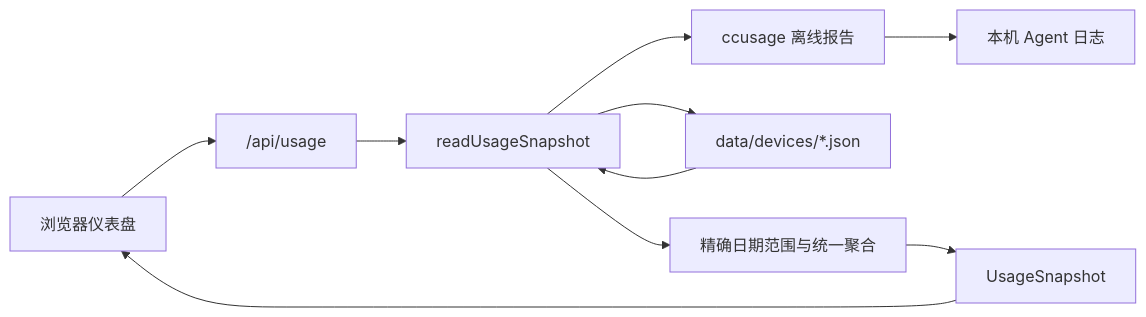
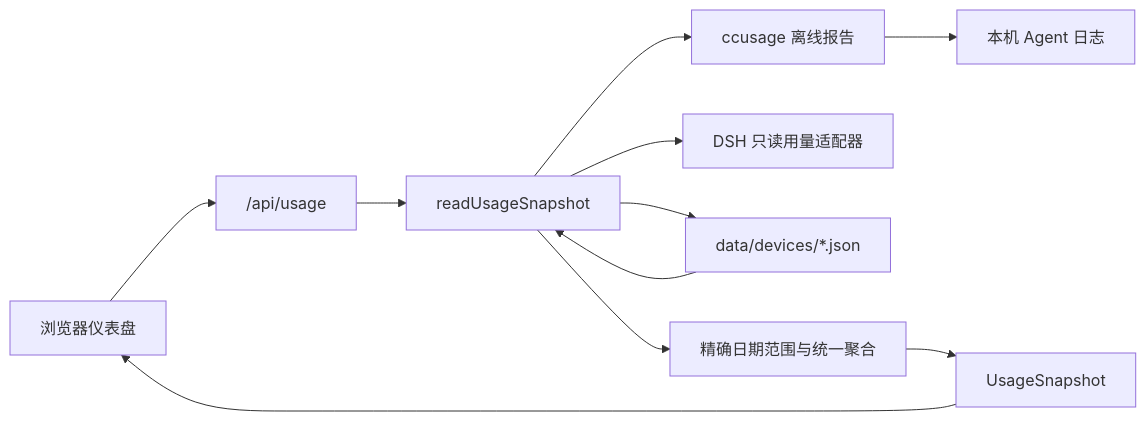
One commit to DonsonHH/Token-Atlas changed the diagram in README.md. Above: the diagram before and after it, drawn with Mermaid. The commit also changed other lines of this file and 18 other files, not shown here.

````diff
--- a/README.md
+++ b/README.md
@@ -141,12 +153,13 @@
 ```mermaid
 flowchart LR
   Browser["浏览器仪表盘"] --> Route["/api/usage"]
   Route --> Reader["readUsageSnapshot"]
   Reader --> Cli["ccusage 离线报告"]
+  Reader --> Dsh["DSH 只读用量适配器"]
   Reader --> Imports["data/devices/*.json"]
   Cli --> Local["本机 Agent 日志"]
   Imports --> Reader
   Reader --> Domain["精确日期范围与统一聚合"]
   Domain --> Snapshot["UsageSnapshot"]
   Snapshot --> Browser
 ```
````
